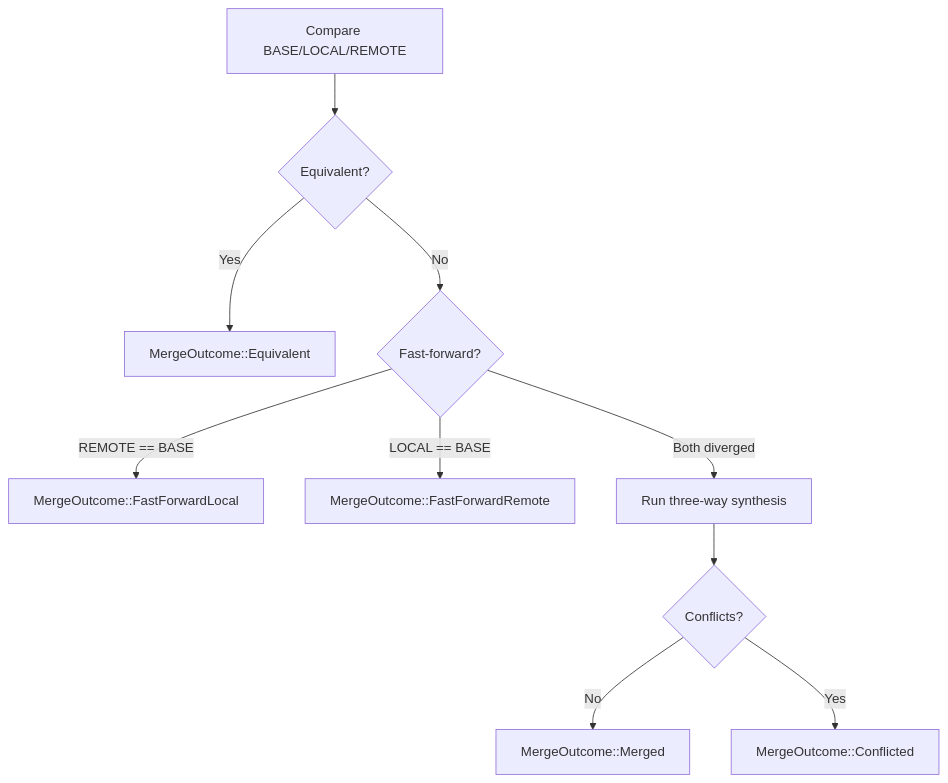
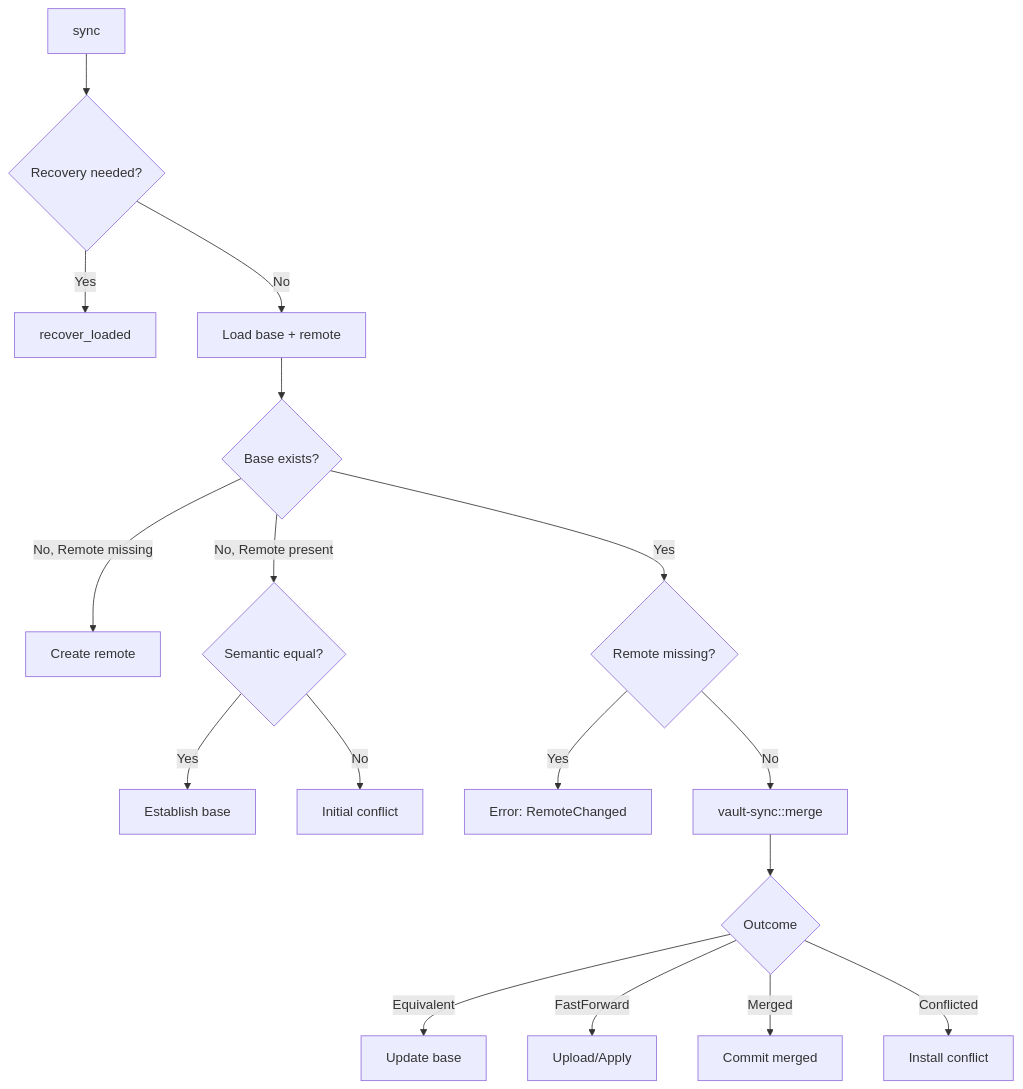
The second of 2 diagrams in openwiki/architecture/sync-engine.md (QuocDuong16/nian-pass), drawn with Mermaid before and after one commit. The commit also changed other lines of this file and 5 other files, not shown here.

````diff
--- a/openwiki/architecture/sync-engine.md
+++ b/openwiki/architecture/sync-engine.md
@@ -16,12 +107,19 @@
 ```mermaid
 flowchart TD
-    A[Compare BASE/LOCAL/REMOTE] --> B{Equivalent?}
-    B -->|Yes| C[MergeOutcome::Equivalent]
-    B -->|No| D{Fast-forward?}
-    D -->|REMOTE == BASE| E[MergeOutcome::FastForwardLocal]
-    D -->|LOCAL == BASE| F[MergeOutcome::FastForwardRemote]
-    D -->|Both diverged| G[Run three-way synthesis]
-    G --> H{Conflicts?}
-    H -->|No| I[MergeOutcome::Merged]
-    H -->|Yes| J[MergeOutcome::Conflicted]
+    A[sync] --> B{Recovery needed?}
+    B -->|Yes| C[recover_loaded]
+    B -->|No| D[Load base + remote]
+    D --> E{Base exists?}
+    E -->|No, Remote missing| F[Create remote]
+    E -->|No, Remote present| G{Semantic equal?}
+    G -->|Yes| H[Establish base]
+    G -->|No| I[Initial conflict]
+    E -->|Yes| J{Remote missing?}
+    J -->|Yes| K[Error: RemoteChanged]
+    J -->|No| L[vault-sync::merge]
+    L --> M{Outcome}
+    M -->|Equivalent| N[Update base]
+    M -->|FastForward| O[Upload/Apply]
+    M -->|Merged| P[Commit merged]
+    M -->|Conflicted| Q[Install conflict]
 ```
````
